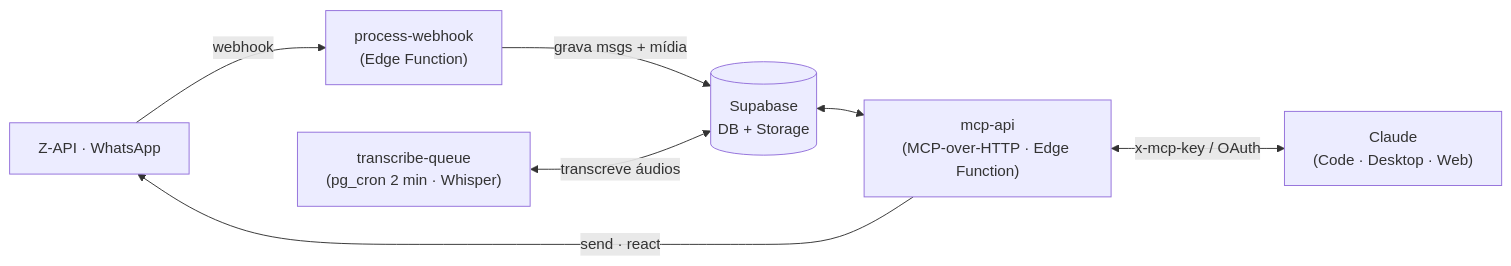
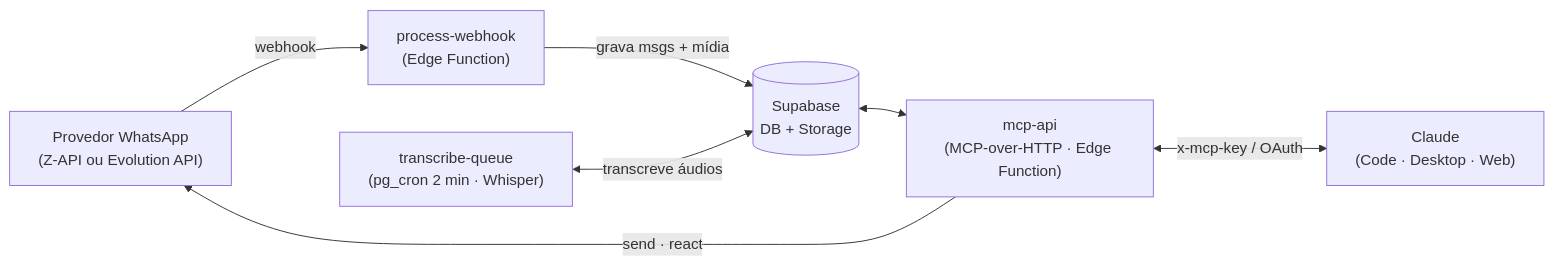
One commit to Expert-Integrado/whatsapp-agent changed the diagram in README.md. Above: the diagram before and after it, drawn with Mermaid. The commit also changed other lines of this file and 2 other files, not shown here.

````diff
--- a/README.md
+++ b/README.md
@@ -85,9 +103,9 @@
 ```mermaid
 flowchart LR
-    ZAPI["Z-API · WhatsApp"] -->|webhook| PW["process-webhook<br/>(Edge Function)"]
+    WA["Provedor WhatsApp<br/>(Z-API ou Evolution API)"] -->|webhook| PW["process-webhook<br/>(Edge Function)"]
     PW -->|grava msgs + mídia| SB[("Supabase<br/>DB + Storage")]
     TQ["transcribe-queue<br/>(pg_cron 2 min · Whisper)"] <-->|transcreve áudios| SB
     SB <--> MCP["mcp-api<br/>(MCP-over-HTTP · Edge Function)"]
     MCP <-->|x-mcp-key / OAuth| H["Claude<br/>(Code · Desktop · Web)"]
-    MCP -->|send · react| ZAPI
+    MCP -->|send · react| WA
 ```
````
